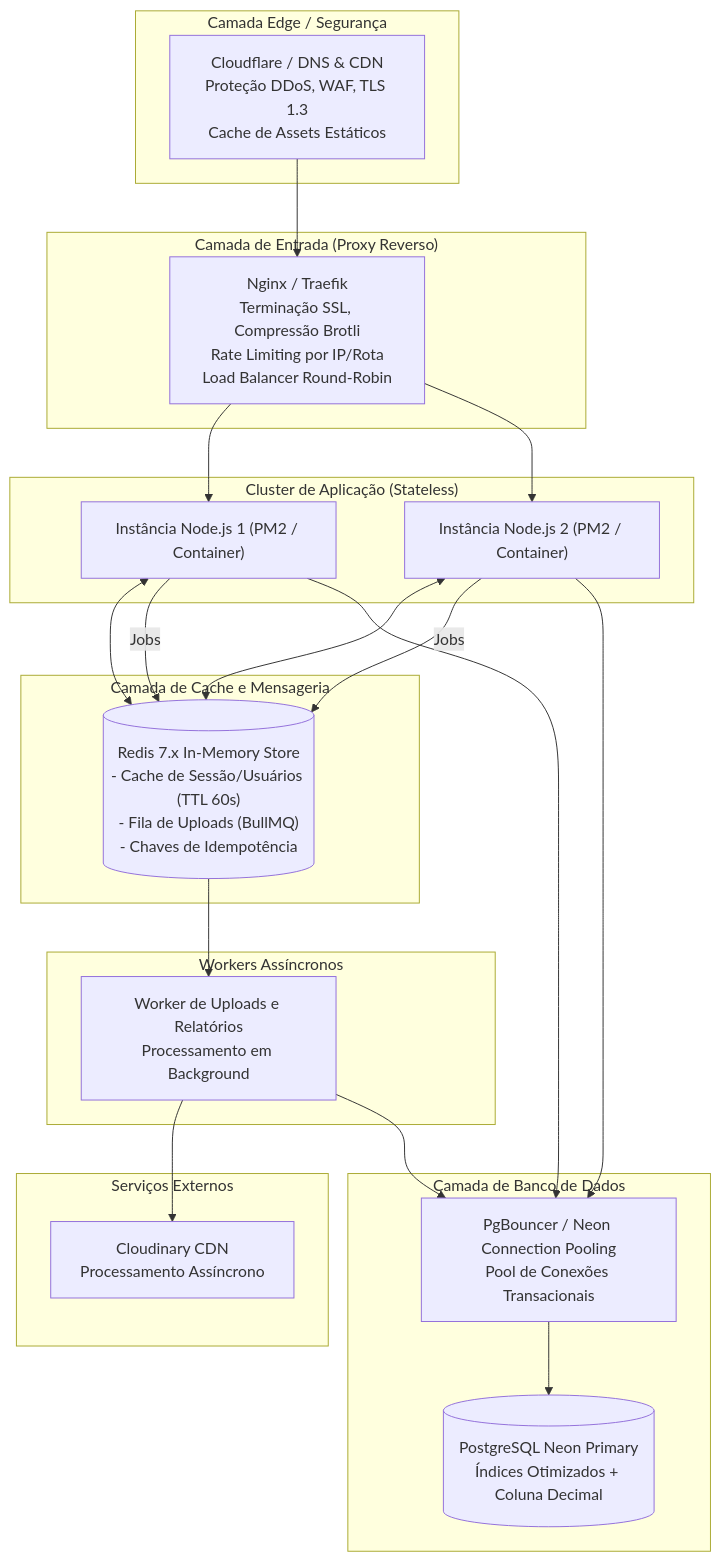
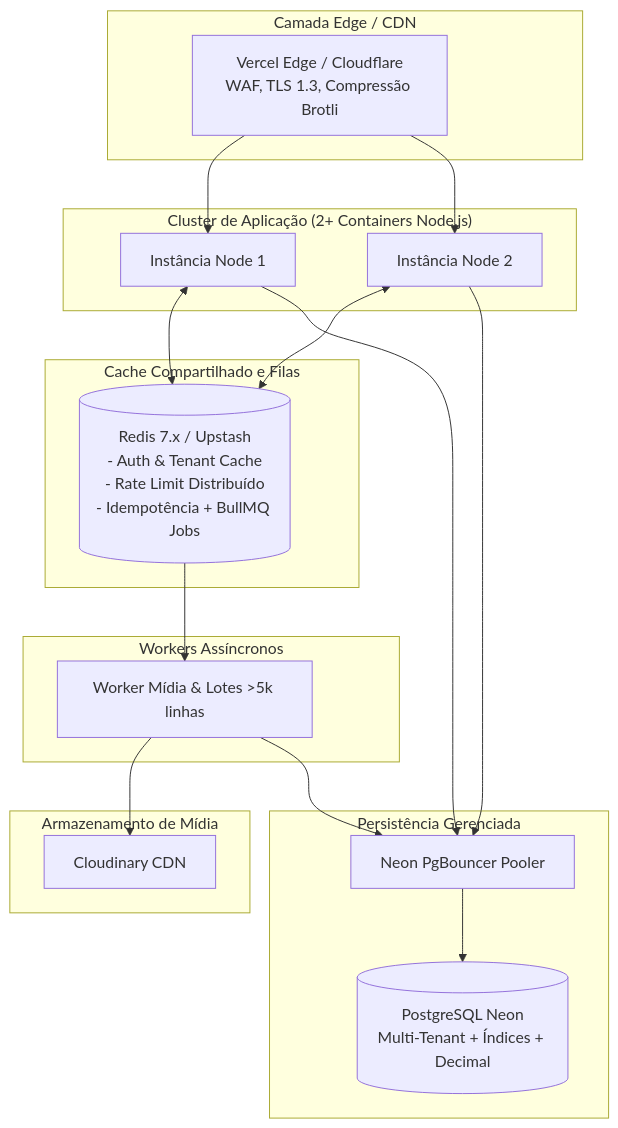
One commit to mateus-x17/adm-estoque changed the second of 2 diagrams in relatorios/09_arquitetura_e_system_design.md. Above: the diagram before and after it, drawn with Mermaid. The commit also changed other lines of this file and 7 other files, not shown here.

````diff
--- a/relatorios/09_arquitetura_e_system_design.md
+++ b/relatorios/09_arquitetura_e_system_design.md
@@ -54,42 +56,36 @@
 ```mermaid
 flowchart TD
-    subgraph Edge["Camada Edge / Segurança"]
-        CF["Cloudflare / DNS & CDN\nProteção DDoS, WAF, TLS 1.3\nCache de Assets Estáticos"]
+    subgraph Edge["Camada Edge / CDN"]
+        CF["Vercel Edge / Cloudflare\nWAF, TLS 1.3, Compressão Brotli"]
     end
 
-    subgraph ReverseProxy["Camada de Entrada (Proxy Reverso)"]
-        Nginx["Nginx / Traefik\nTerminação SSL, Compressão Brotli\nRate Limiting por IP/Rota\nLoad Balancer Round-Robin"]
+    subgraph ApplicationCluster["Cluster de Aplicação (2+ Containers Node.js)"]
+        Node1["Instância Node 1"]
+        Node2["Instância Node 2"]
     end
 
-    subgraph ApplicationCluster["Cluster de Aplicação (Stateless)"]
-        Node1["Instância Node.js 1 (PM2 / Container)"]
-        Node2["Instância Node.js 2 (PM2 / Container)"]
-    end
-
-    subgraph CacheAndQueue["Camada de Cache e Mensageria"]
-        Redis[("Redis 7.x In-Memory Store\n- Cache de Sessão/Usuários (TTL 60s)\n- Fila de Uploads (BullMQ)\n- Chaves de Idempotência")]
+    subgraph CacheAndQueue["Cache Compartilhado e Filas"]
+        Redis[("Redis 7.x / Upstash\n- Auth & Tenant Cache\n- Rate Limit Distribuído\n- Idempotência + BullMQ Jobs")]
     end
 
     subgraph Workers["Workers Assíncronos"]
-        Worker1["Worker de Uploads e Relatórios\nProcessamento em Background"]
+        Worker1["Worker Mídia & Lotes >5k linhas"]
     end
 
-    subgraph DatabaseLayer["Camada de Banco de Dados"]
-        PgBouncer["PgBouncer / Neon Connection Pooling\nPool de Conexões Transacionais"]
-        PostgresPrimary[("PostgreSQL Neon Primary\nÍndices Otimizados + Coluna Decimal")]
+    subgraph DatabaseLayer["Persistência Gerenciada"]
+        PgBouncer["Neon PgBouncer Pooler"]
+        PostgresPrimary[("PostgreSQL Neon\nMulti-Tenant + Índices + Decimal")]
     end
 
-    subgraph External["Serviços Externos"]
-        CloudinaryCloud["Cloudinary CDN\nProcessamento Assíncrono"]
+    subgraph External["Armazenamento de Mídia"]
+        CloudinaryCloud["Cloudinary CDN"]
     end
 
-    CF --> Nginx
-    Nginx --> Node1 & Node2
+    CF --> Node1 & Node2
     Node1 & Node2 <--> Redis
-    Node1 & Node2 -->|Jobs| Redis
     Redis --> Worker1
     Worker1 --> CloudinaryCloud
+    Node1 & Node2 --> PgBouncer
     Worker1 --> PgBouncer
-    Node1 & Node2 --> PgBouncer
     PgBouncer --> PostgresPrimary
 ```
````
